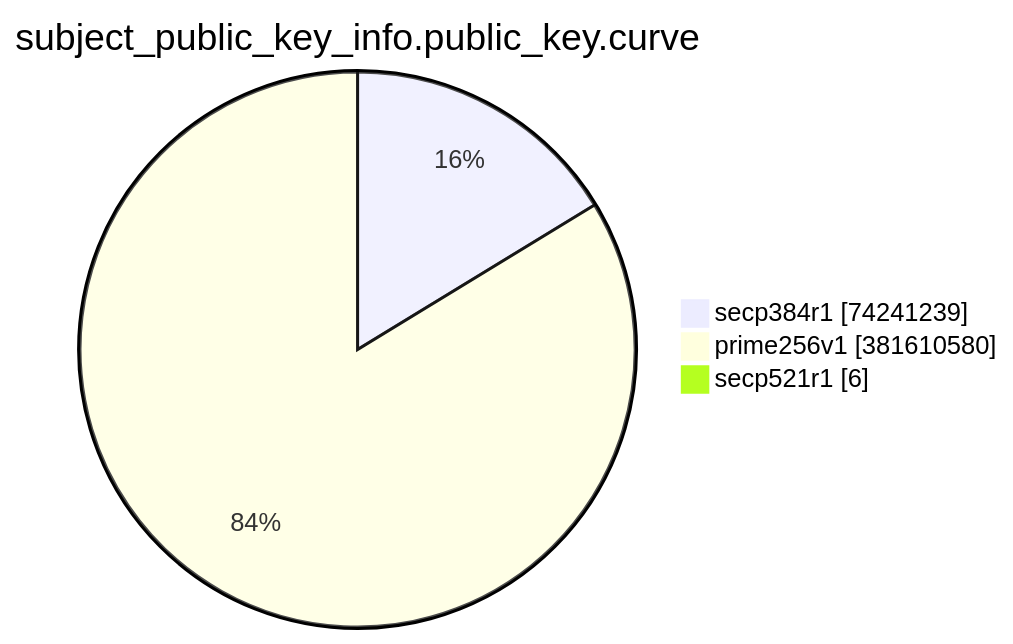
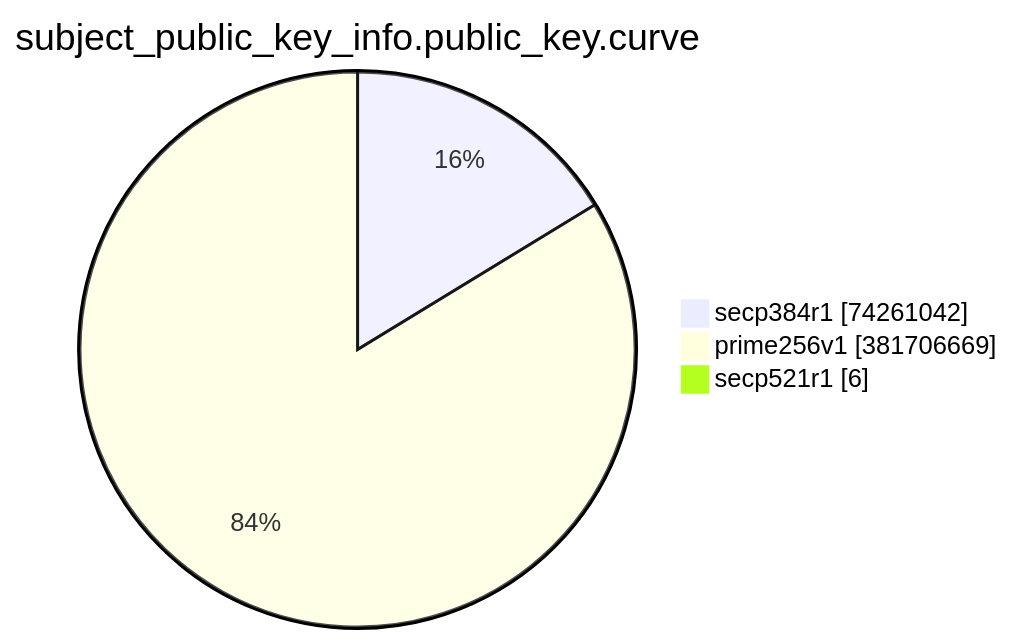
The eighth of 15 diagrams in TOTAL/README.md (christiankrug/ctmonitor_visualization), drawn with Mermaid before and after one commit. The commit also changed other lines of this file, not shown here.

````diff
--- a/TOTAL/README.md
+++ b/TOTAL/README.md
@@ -3094,7 +3094,7 @@
 ```mermaid
 pie showData
 title subject_public_key_info.public_key.curve
-"secp384r1" :74241239
-"prime256v1" :381610580
+"secp384r1" :74261042
+"prime256v1" :381706669
 "secp521r1" :6
 ```
````
